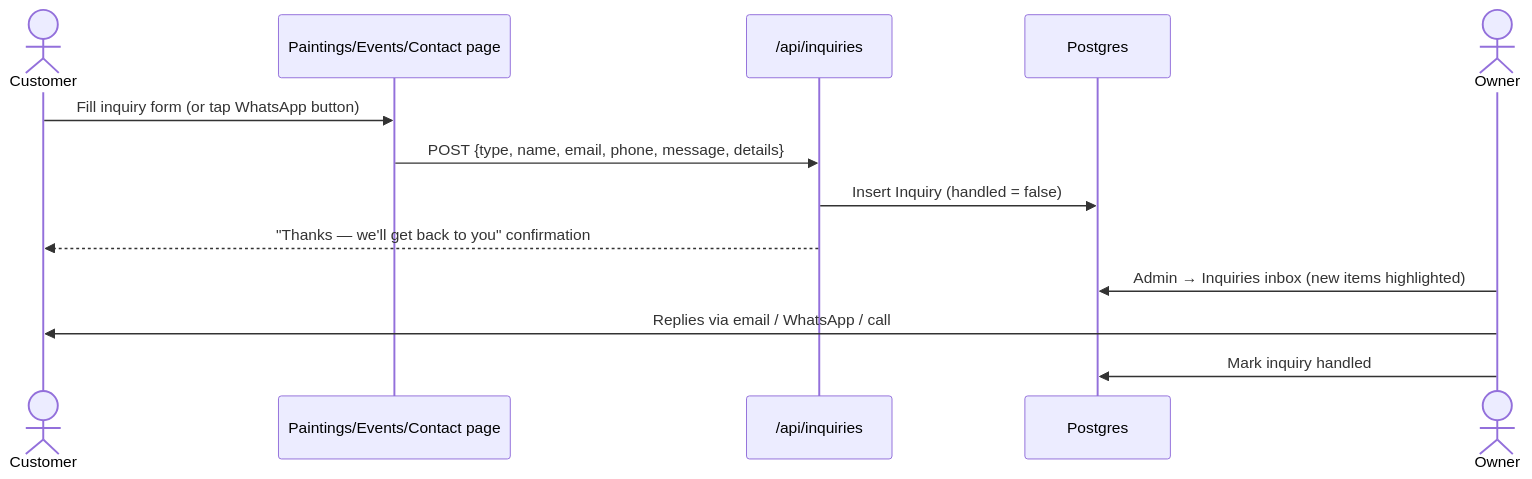
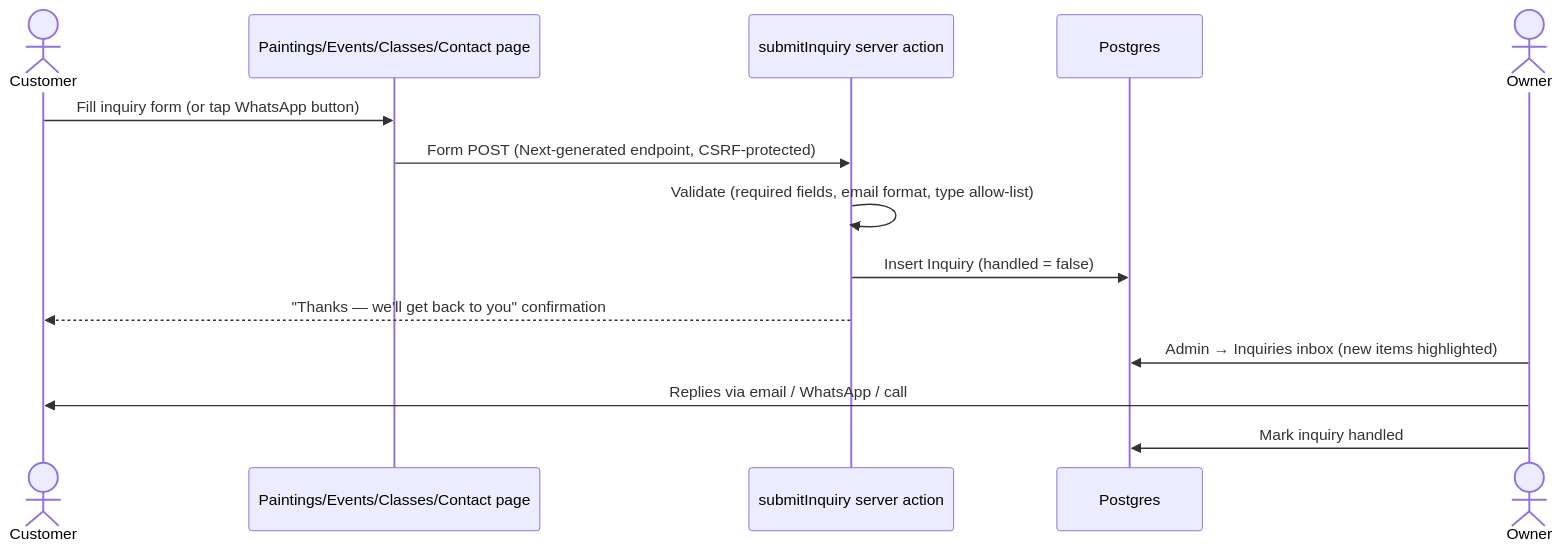
Before and after one commit to rpkrupali1/artaeflora: the fourth of 5 diagrams in ARCHITECTURE.md, drawn with Mermaid. The commit also changed other lines of this file and 26 other files, not shown here.

````diff
--- a/ARCHITECTURE.md
+++ b/ARCHITECTURE.md
@@ -172,16 +173,17 @@
 ```mermaid
 sequenceDiagram
     actor C as Customer
-    participant S as Paintings/Events/Contact page
-    participant API as /api/inquiries
+    participant S as Paintings/Events/Classes/Contact page
+    participant SA as submitInquiry server action
     participant DB as Postgres
     actor O as Owner
 
     C->>S: Fill inquiry form (or tap WhatsApp button)
-    S->>API: POST {type, name, email, phone, message, details}
-    API->>DB: Insert Inquiry (handled = false)
-    API-->>C: "Thanks — we'll get back to you" confirmation
+    S->>SA: Form POST (Next-generated endpoint, CSRF-protected)
+    SA->>SA: Validate (required fields, email format, type allow-list)
+    SA->>DB: Insert Inquiry (handled = false)
+    SA-->>C: "Thanks — we'll get back to you" confirmation
     O->>DB: Admin → Inquiries inbox (new items highlighted)
     O->>C: Replies via email / WhatsApp / call
     O->>DB: Mark inquiry handled
 ```
````
